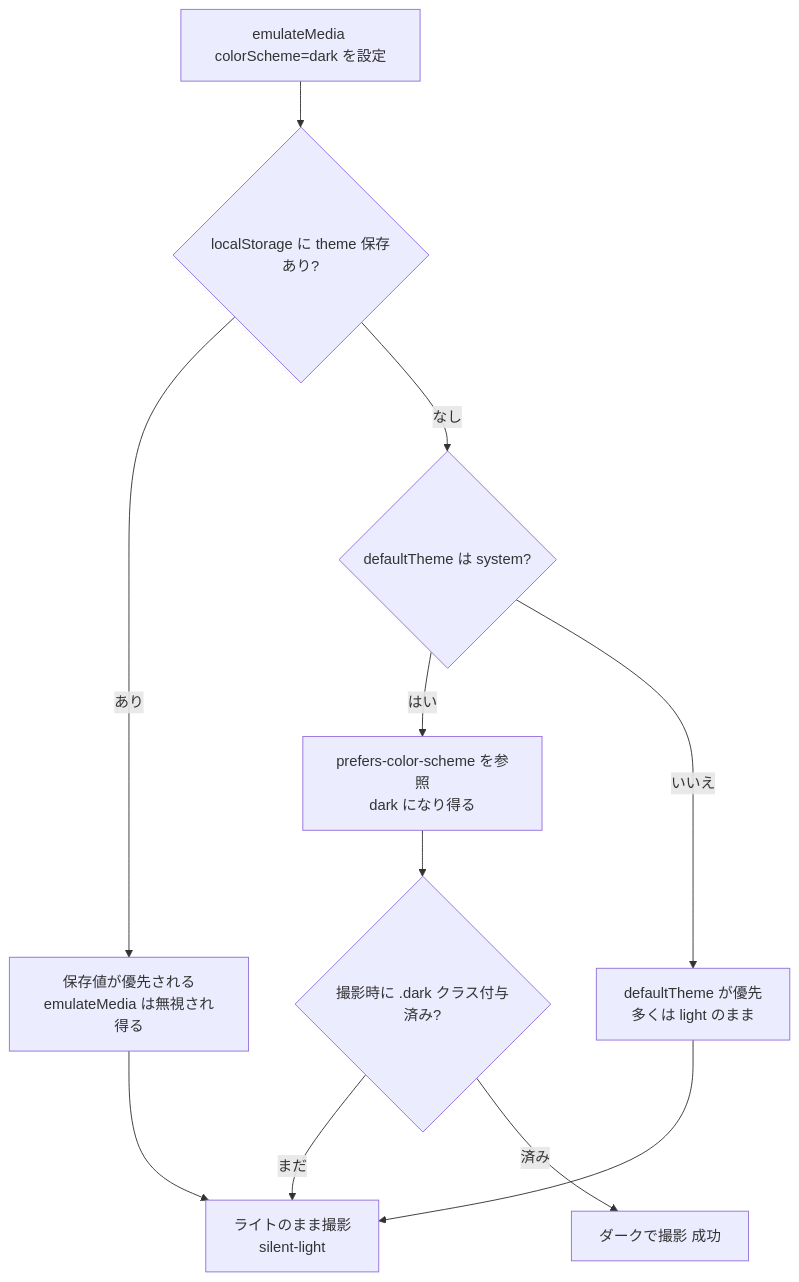
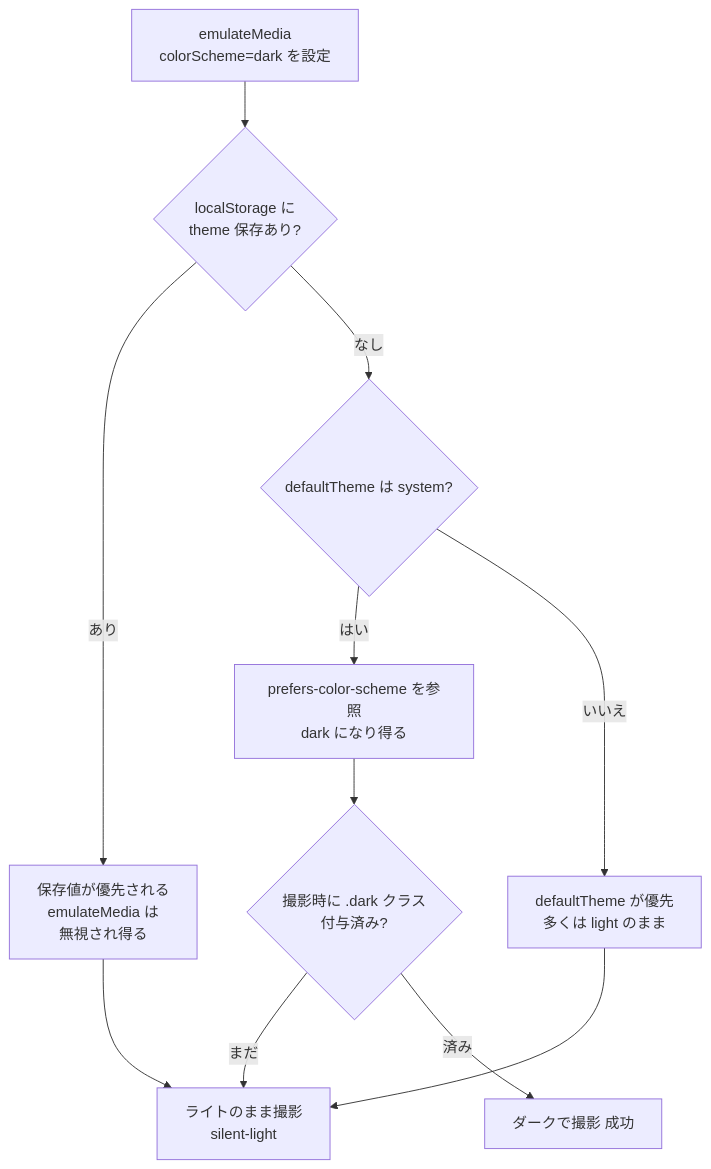
The diagram in src/blog/content/2026-05-30-playwright-dark-mode-screenshot-next-themes.md (macrat/yolo-web), drawn with Mermaid before and after one commit. The commit also changed 4 other files, not shown here.

First line of the commit message:
記事の図の長い名前に書き手の改行を足し、図と図のあいだでイベントループへ戻す（T4-18 の4巡目のレビュー）

````diff
--- a/src/blog/content/2026-05-30-playwright-dark-mode-screenshot-next-themes.md
+++ b/src/blog/content/2026-05-30-playwright-dark-mode-screenshot-next-themes.md
@@ -50,13 +50,13 @@
 ```mermaid
 flowchart TD
-    A["emulateMedia colorScheme=dark を設定"] --> B{"localStorage に theme 保存あり?"}
-    B -->|あり| C["保存値が優先される<br/>emulateMedia は無視され得る"]
+    A["emulateMedia<br/>colorScheme=dark を設定"] --> B{"localStorage に<br/>theme 保存あり?"}
+    B -->|あり| C["保存値が優先される<br/>emulateMedia は<br/>無視され得る"]
     B -->|なし| D{"defaultTheme は system?"}
     D -->|はい| E["prefers-color-scheme を参照<br/>dark になり得る"]
     D -->|いいえ| F["defaultTheme が優先<br/>多くは light のまま"]
-    E --> G{"撮影時に .dark クラス付与済み?"}
+    E --> G{"撮影時に .dark クラス<br/>付与済み?"}
     G -->|まだ| H["ライトのまま撮影<br/>silent-light"]
     G -->|済み| I["ダークで撮影 成功"]
     C --> H
     F --> H
 ```
````
